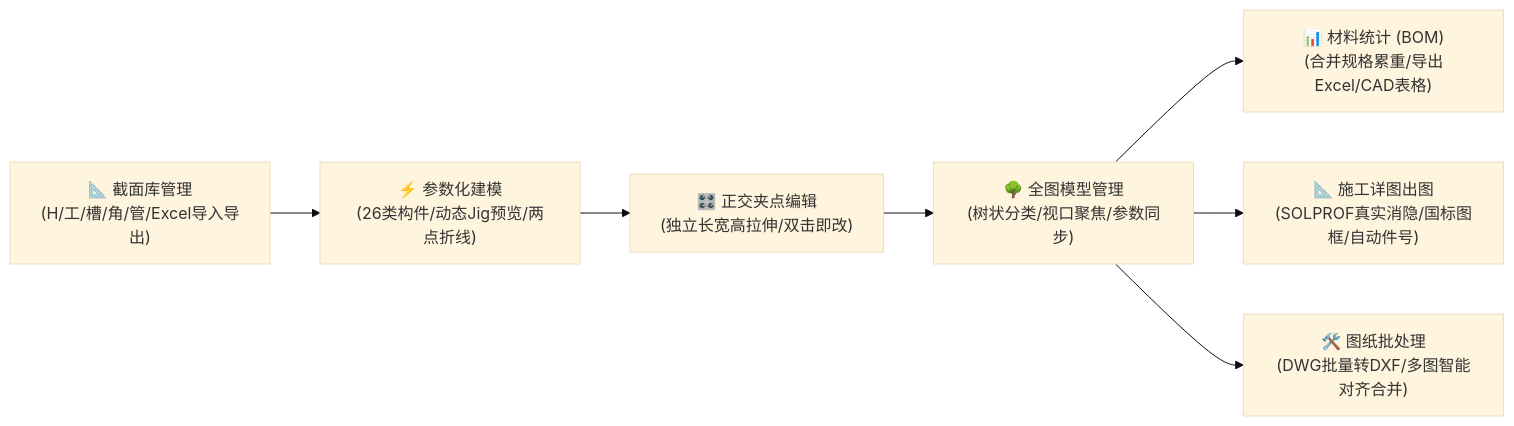
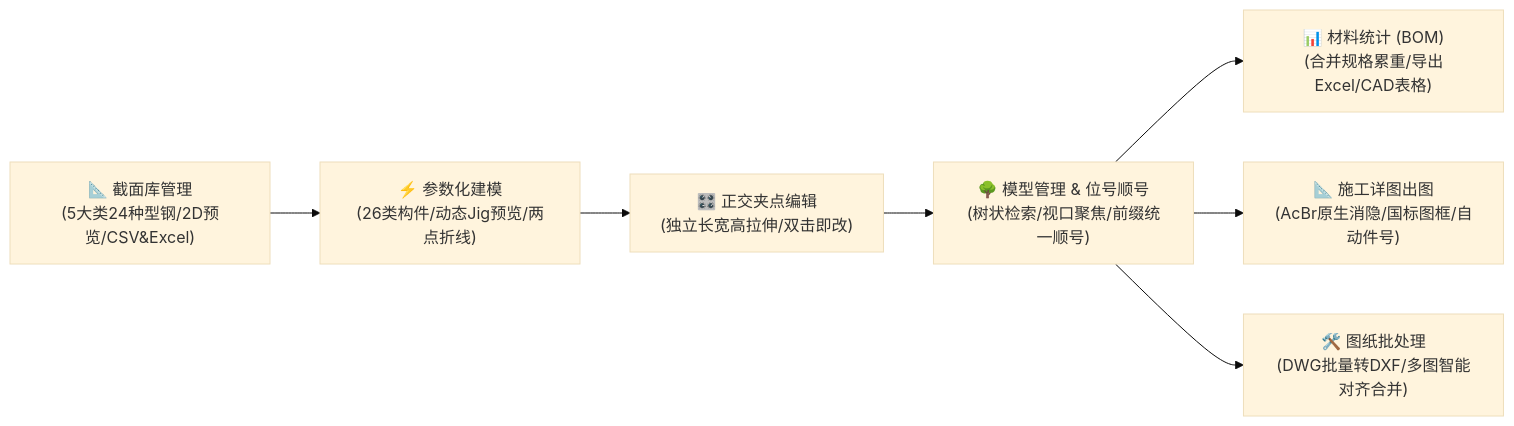
The diagram in README.md (zly258/SteelStructureSuite), drawn with Mermaid (base theme) before and after one commit. The commit also changed other lines of this file and 4 other files, not shown here.

````diff
--- a/README.md
+++ b/README.md
@@ -19,9 +19,9 @@
 ```mermaid
 flowchart LR
-    A["📐 截面库管理<br/>(H/工/槽/角/管/Excel导入导出)"] --> B["⚡ 参数化建模<br/>(26类构件/动态Jig预览/两点折线)"]
+    A["📐 截面库管理<br/>(5大类24种型钢/2D预览/CSV&Excel)"] --> B["⚡ 参数化建模<br/>(26类构件/动态Jig预览/两点折线)"]
     B --> C["🎛️ 正交夹点编辑<br/>(独立长宽高拉伸/双击即改)"]
-    C --> D["🌳 全图模型管理<br/>(树状分类/视口聚焦/参数同步)"]
+    C --> D["🌳 模型管理 & 位号顺号<br/>(树状检索/视口聚焦/前缀统一顺号)"]
     D --> E["📊 材料统计 (BOM)<br/>(合并规格累重/导出Excel/CAD表格)"]
-    D --> F["📐 施工详图出图<br/>(SOLPROF真实消隐/国标图框/自动件号)"]
+    D --> F["📐 施工详图出图<br/>(AcBr原生消隐/国标图框/自动件号)"]
     D --> G["🛠️ 图纸批处理<br/>(DWG批量转DXF/多图智能对齐合并)"]
 ```
````
